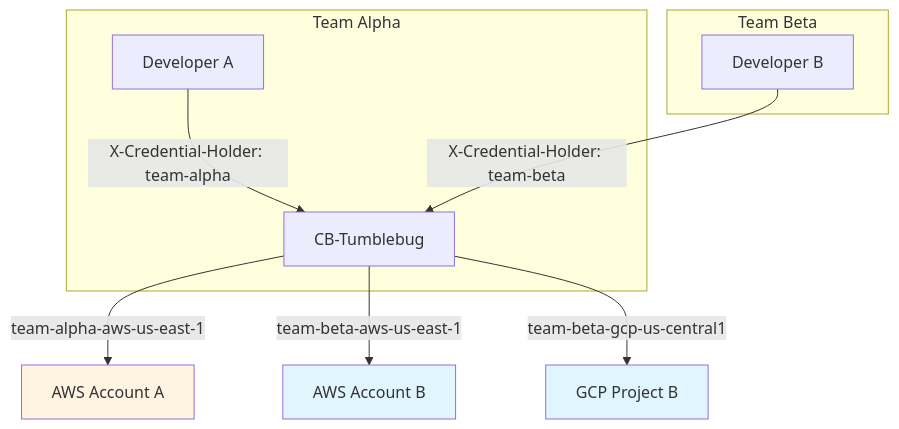
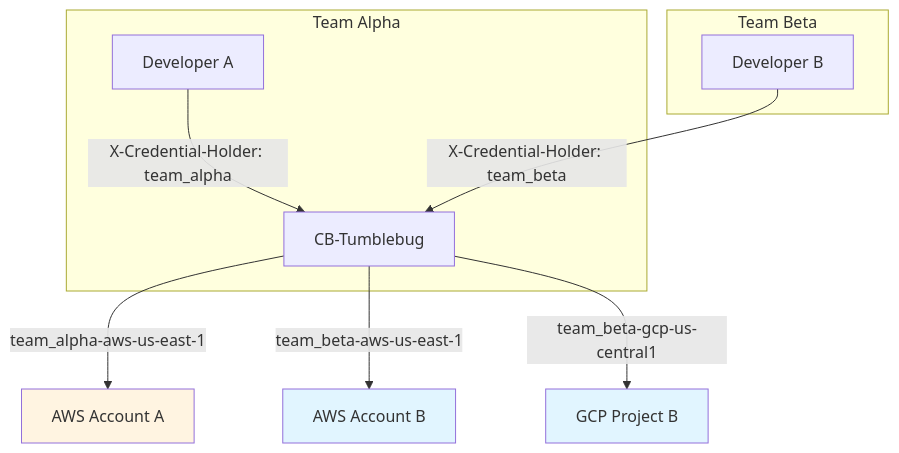
Before and after one commit to cloud-barista/cb-tumblebug: the sixth of 7 diagrams in docs/feature_guide/credential-and-connection.md, drawn with Mermaid. The commit also changed other lines of this file and 3 other files, not shown here.

````diff
--- a/docs/feature_guide/credential-and-connection.md
+++ b/docs/feature_guide/credential-and-connection.md
@@ -461,22 +494,22 @@
 ```mermaid
 graph TB
     subgraph "Team Alpha"
         USER_A[Developer A]
-        USER_A -->|X-Credential-Holder: team-alpha| TB
+        USER_A -->|X-Credential-Holder: team_alpha| TB
     end
-    
+
     subgraph "Team Beta"
         USER_B[Developer B]
-        USER_B -->|X-Credential-Holder: team-beta| TB
+        USER_B -->|X-Credential-Holder: team_beta| TB
     end
-    
+
     TB[CB-Tumblebug]
-    
-    TB -->|team-alpha-aws-us-east-1| AWS_A[AWS Account A]
-    TB -->|team-beta-aws-us-east-1| AWS_B[AWS Account B]
-    TB -->|team-beta-gcp-us-central1| GCP_B[GCP Project B]
+
+    TB -->|team_alpha-aws-us-east-1| AWS_A[AWS Account A]
+    TB -->|team_beta-aws-us-east-1| AWS_B[AWS Account B]
+    TB -->|team_beta-gcp-us-central1| GCP_B[GCP Project B]
     
     style AWS_A fill:#fff4e1
     style AWS_B fill:#e1f5ff
     style GCP_B fill:#e1f5ff
 ```
````
